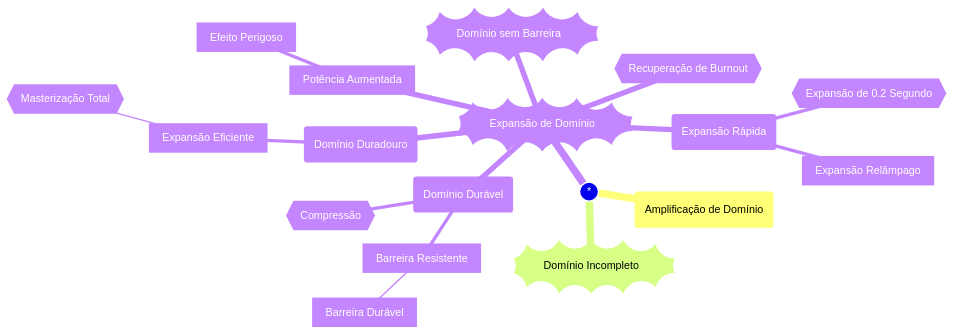
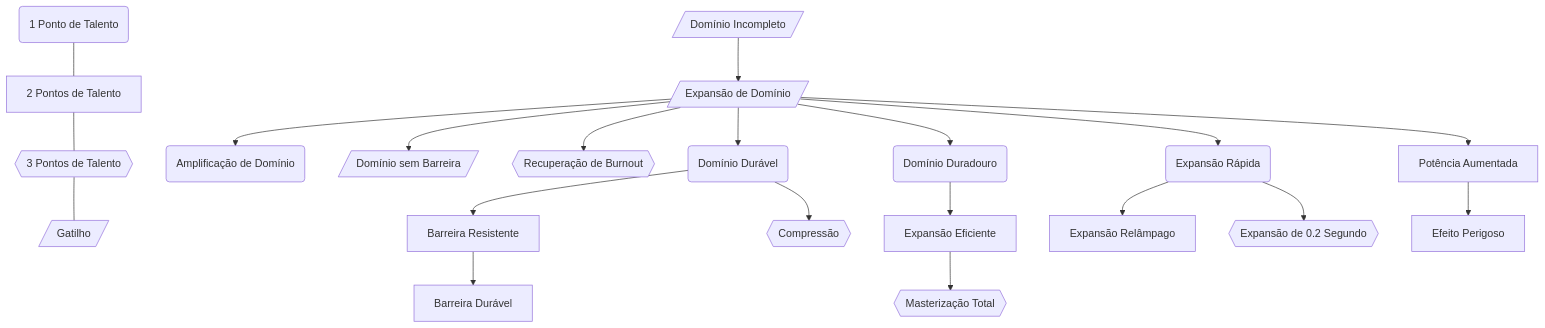
The diagram in content/Expansão de Domínio.md (LuanSilveiraSouza/dnd-5e-jjk-suplement), drawn with Mermaid before and after one commit. The commit also changed other lines of this file and 27 other files, not shown here.

````diff
--- a/content/Expansão de Domínio.md
+++ b/content/Expansão de Domínio.md
@@ -72,21 +72,44 @@
 ```mermaid
-mindmap
-((*))
-	(Amplificação de Domínio)
-	))Domínio Incompleto((
-	))Expansão de Domínio((
-		(Domínio Durável)
-			[Barreira Resistente]
-				[Barreira Durável]
-			{{Compressão}}
-		(Domínio Duradouro)
-			[Expansão Eficiente]
-				{{Masterização Total}}
-		(Expansão Rápida)
-			[Expansão Relâmpago]
-			{{Expansão de 0.2 Segundo}}
-		[Potência Aumentada]
-			[Efeito Perigoso]
-		))Domínio sem Barreira((
-		{{Recuperação de Burnout}}
+flowchart TD
+id90(1 Ponto de Talento)
+id91[2 Pontos de Talento]
+id92{{3 Pontos de Talento}}
+id93[/Gatilho/]
+id90 --- id91
+id91 --- id92
+id92 --- id93
+
+id1[/Domínio Incompleto/]
+id2[/Expansão de Domínio/]
+id3(Amplificação de Domínio)
+id4[/Domínio sem Barreira/]
+id5{{Recuperação de Burnout}}
+id11(Domínio Durável)
+id12[Barreira Resistente]
+id13[Barreira Durável]
+id14{{Compressão}}
+id21(Domínio Duradouro)
+id22[Expansão Eficiente]
+id23{{Masterização Total}}
+id31(Expansão Rápida)
+id32[Expansão Relâmpago]
+id33{{Expansão de 0.2 Segundo}}
+id41[Potência Aumentada]
+id42[Efeito Perigoso]
+id1 --> id2
+id2 --> id3
+id2 --> id4
+id2 --> id5
+id2 --> id11
+id11 --> id12
+id12 --> id13
+id11 --> id14
+id2 --> id21
+id21 --> id22
+id22 --> id23
+id2 --> id31
+id31 --> id32
+id31 --> id33
+id2 --> id41
+id41 --> id42
 ```
````
